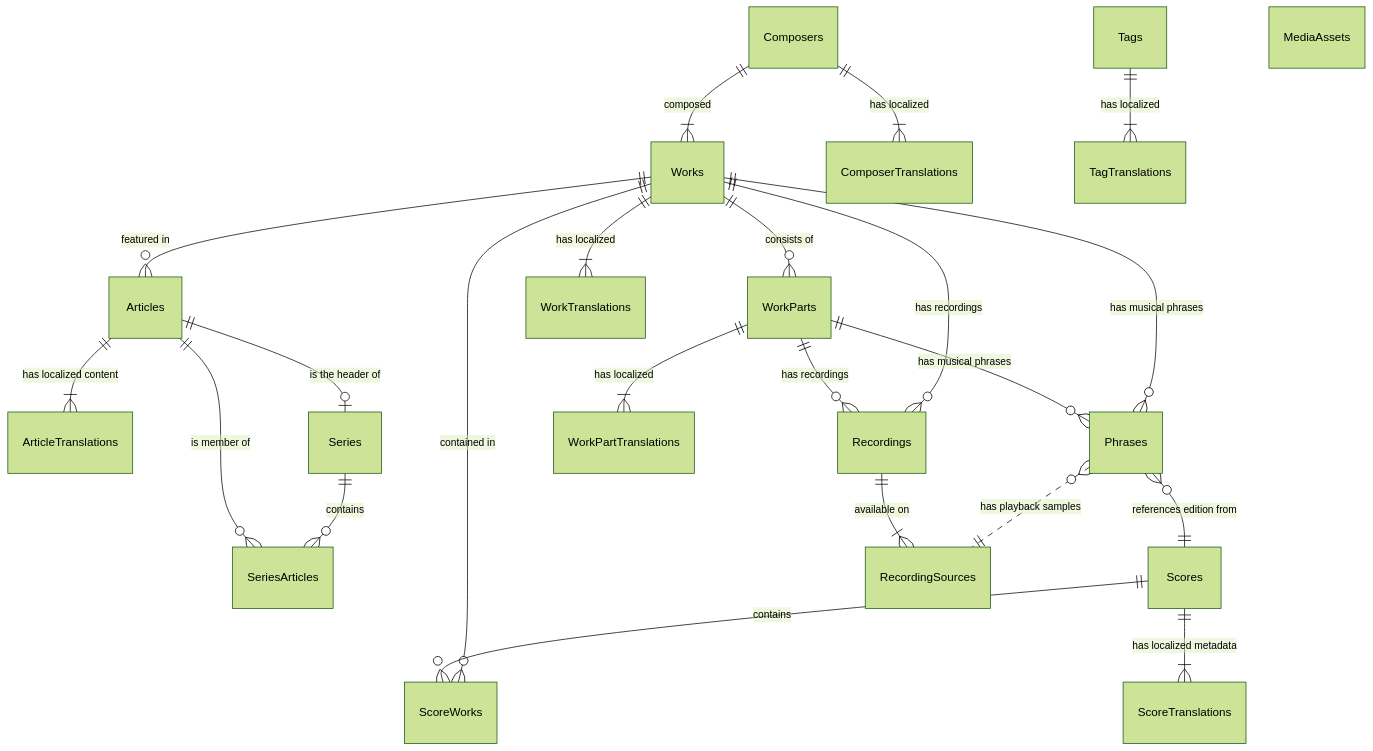
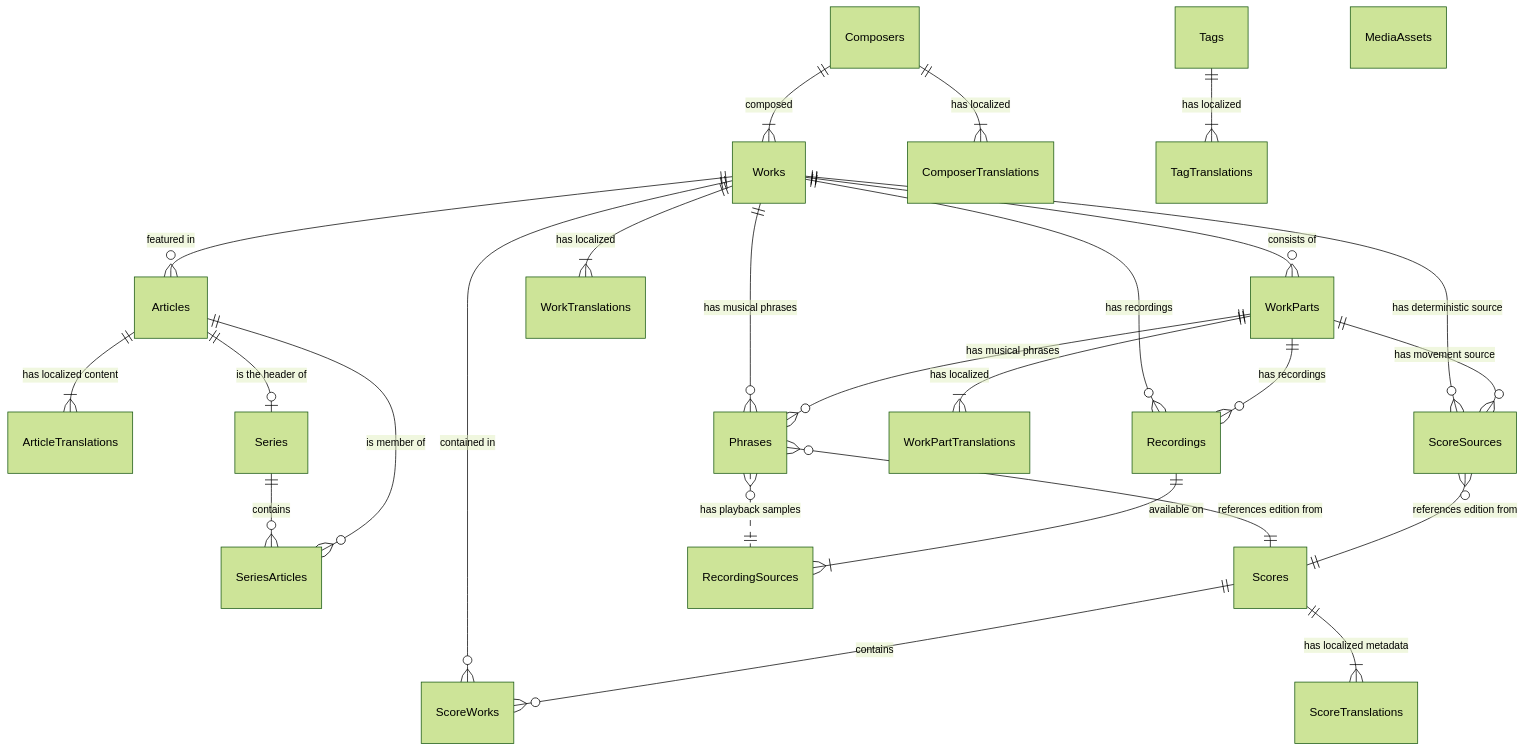
One commit to preludio-lab/preludio-lab changed the first of 3 diagrams in docs/05_design/02_database/schema.md. Above: the diagram before and after it, drawn with Mermaid (forest theme). The commit also changed other lines of this file and 9 other files, not shown here.

First line of the commit message:
feat: implement deterministic score retrieval infrastructure (#312)

````diff
--- a/docs/05_design/02_database/schema.md
+++ b/docs/05_design/02_database/schema.md
@@ -54,30 +54,33 @@
 ```mermaid
 erDiagram
     %% Core Tables: Articles & Series
     Works ||--o{ Articles : "featured in"
     Articles ||--|{ ArticleTranslations : "has localized content"
     Articles ||--o| Series : "is the header of"
     Series ||--o{ SeriesArticles : "contains"
     Articles ||--o{ SeriesArticles : "is member of"
 
     %% Asset Tables: Scores & Recordings
     Works ||--o{ ScoreWorks : "contained in"
     Scores ||--o{ ScoreWorks : "contains"
     Scores ||--|{ ScoreTranslations : "has localized metadata"
     Works ||--o{ Phrases : "has musical phrases"
     Phrases }o--|| Scores : "references edition from"
     Phrases }o..|| RecordingSources : "has playback samples"
     Works ||--o{ Recordings : "has recordings"
     Recordings ||--|{ RecordingSources : "available on"
+    Works ||--o{ ScoreSources : "has deterministic source"
+    WorkParts ||--o{ ScoreSources : "has movement source"
+    ScoreSources }o--|| Scores : "references edition from"
 
     %% Master Tables: Composers & Works
     Composers ||--|{ ComposerTranslations : "has localized"
     Composers ||--|{ Works : "composed"
     Works ||--o{ WorkParts : "consists of"
     Works ||--|{ WorkTranslations : "has localized"
     WorkParts ||--|{ WorkPartTranslations : "has localized"
     WorkParts ||--o{ Phrases : "has musical phrases"
     WorkParts ||--o{ Recordings : "has recordings"
     Tags ||--|{ TagTranslations : "has localized"
     MediaAssets
 ```
````
